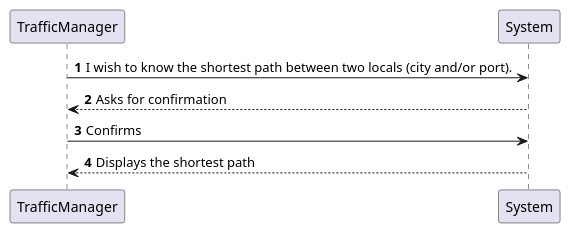
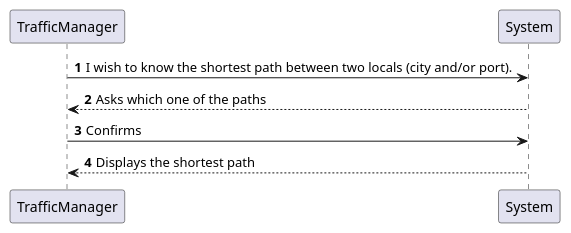
The diagram in Docs/Sprint4/US402/SSD.puml (LourencoMelo/ISEP-LAPR3-ESINF), drawn with PlantUML before and after one commit. The commit also changed 11 other files, not shown here.

```diff
--- a/Docs/Sprint4/US402/SSD.puml
+++ b/Docs/Sprint4/US402/SSD.puml
@@ -1,11 +1,11 @@
 @startuml
 'https://plantuml.com/sequence-diagram
 
 autonumber
 
 TrafficManager -> System :  I wish to know the shortest path between two locals (city and/or port).
-System --> TrafficManager: Asks for confirmation
+System --> TrafficManager: Asks which one of the paths
 TrafficManager -> System : Confirms
 System --> TrafficManager : Displays the shortest path
 
 @enduml
```
